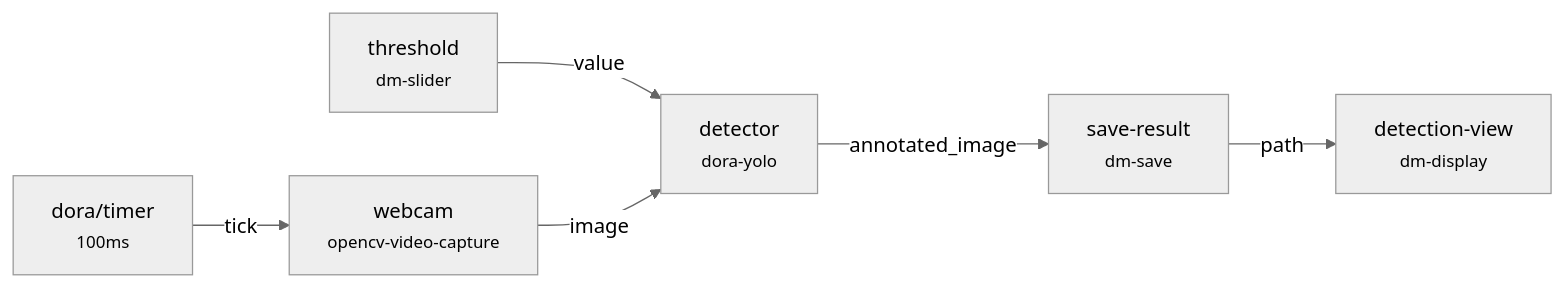
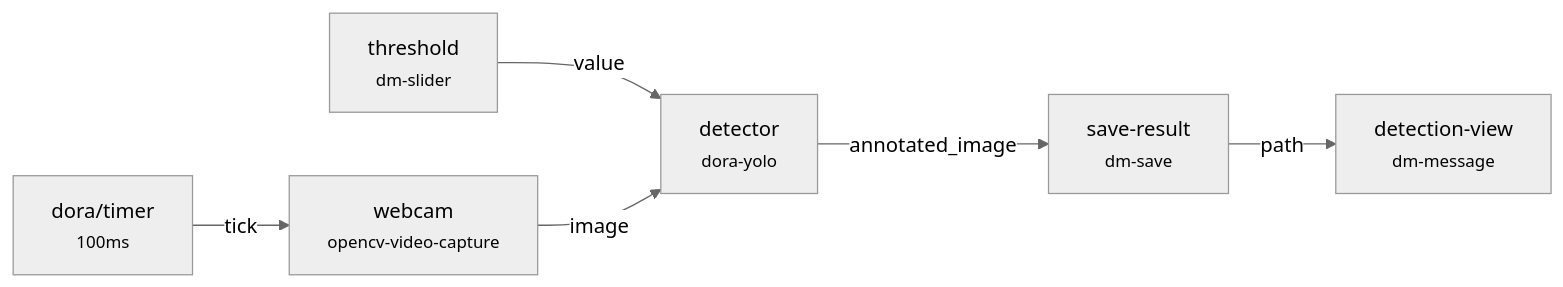
Before and after one commit to l1veIn/dora-manager: the seventh of 7 diagrams in wiki/zh/05-dataflow-concept.md, drawn with Mermaid (neutral theme). The commit also changed other lines of this file and 43 other files, not shown here.

````diff
--- a/wiki/zh/05-dataflow-concept.md
+++ b/wiki/zh/05-dataflow-concept.md
@@ -357,8 +357,8 @@
 ```mermaid
 flowchart LR
     T["dora/timer<br/><small>100ms</small>"] -->|"tick"| C["webcam<br/><small>opencv-video-capture</small>"]
     SL["threshold<br/><small>dm-slider</small>"] -->|"value"| Y["detector<br/><small>dora-yolo</small>"]
     C -->|"image"| Y
     Y -->|"annotated_image"| S["save-result<br/><small>dm-save</small>"]
-    S -->|"path"| D["detection-view<br/><small>dm-display</small>"]
+    S -->|"path"| D["detection-view<br/><small>dm-message</small>"]
 ```
````
